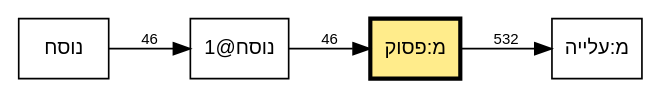
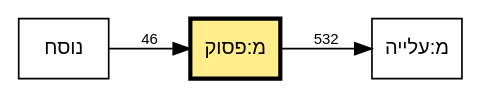
One commit to bdenckla/MAM-basics changed the diagram in out/tmpl-survey-plain/plain-mpasuq-call-graph-d.dot. Above: the diagram before and after it, drawn with Graphviz. The commit also changed 22 other files, not shown here.

```diff
--- a/out/tmpl-survey-plain/plain-mpasuq-call-graph-d.dot
+++ b/out/tmpl-survey-plain/plain-mpasuq-call-graph-d.dot
@@ -1,17 +1,16 @@
 // This file was generated by MAM-basics/py/main_tmpl_survey.py.
 // Do not edit by hand.
 digraph template_call_graph {
     rankdir=LR;
     node [fontname="SBL Hebrew,Helvetica", fontsize=12];
     edge [fontname="Helvetica", fontsize=9];
     graph [comment="This file was generated by MAM-basics/py/main_tmpl_survey.py."];
 
     // Template nodes
     node [shape=box, style=""];
     "מ:פסוק" [fillcolor="lightgoldenrod1", style="filled", penwidth=2.5];
 
     // Edges
     "מ:פסוק" -> "מ:עלייה" [label="532"];
-    "נוסח" -> "נוסח@1" [label="46"];
-    "נוסח@1" -> "מ:פסוק" [label="46"];
+    "נוסח" -> "מ:פסוק" [label="46"];
 }
```
